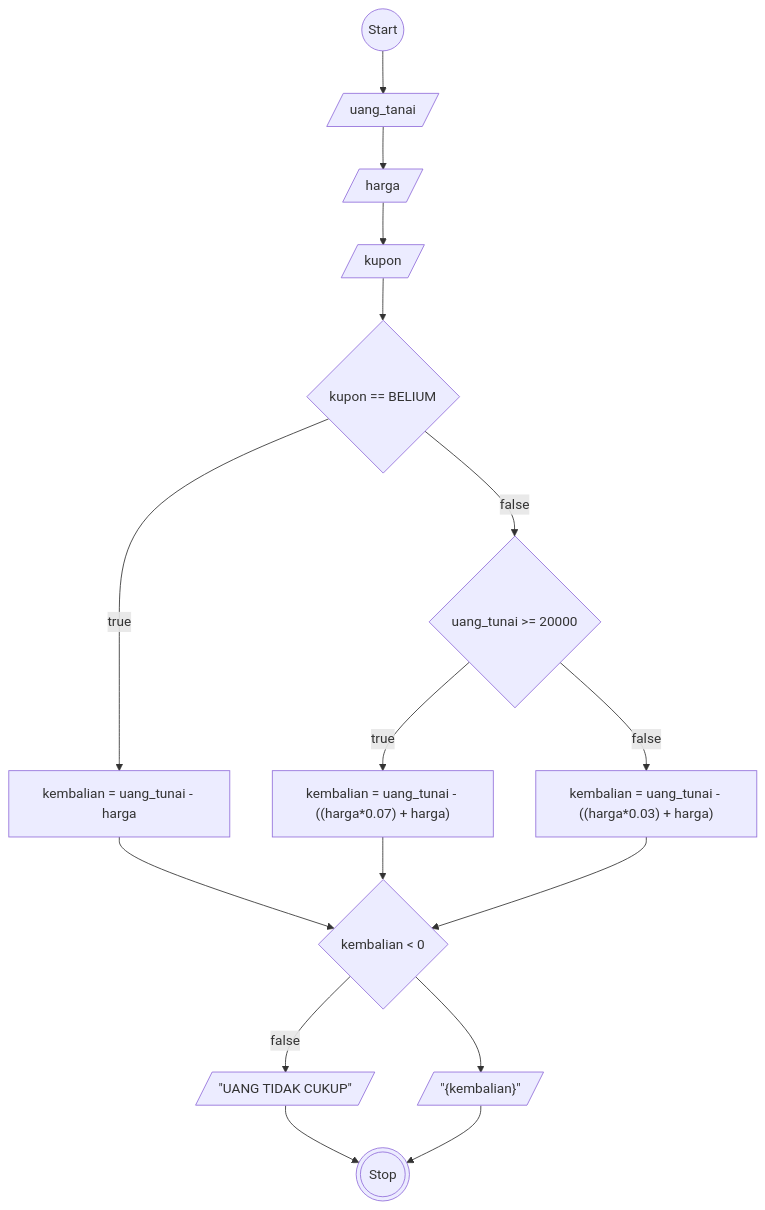
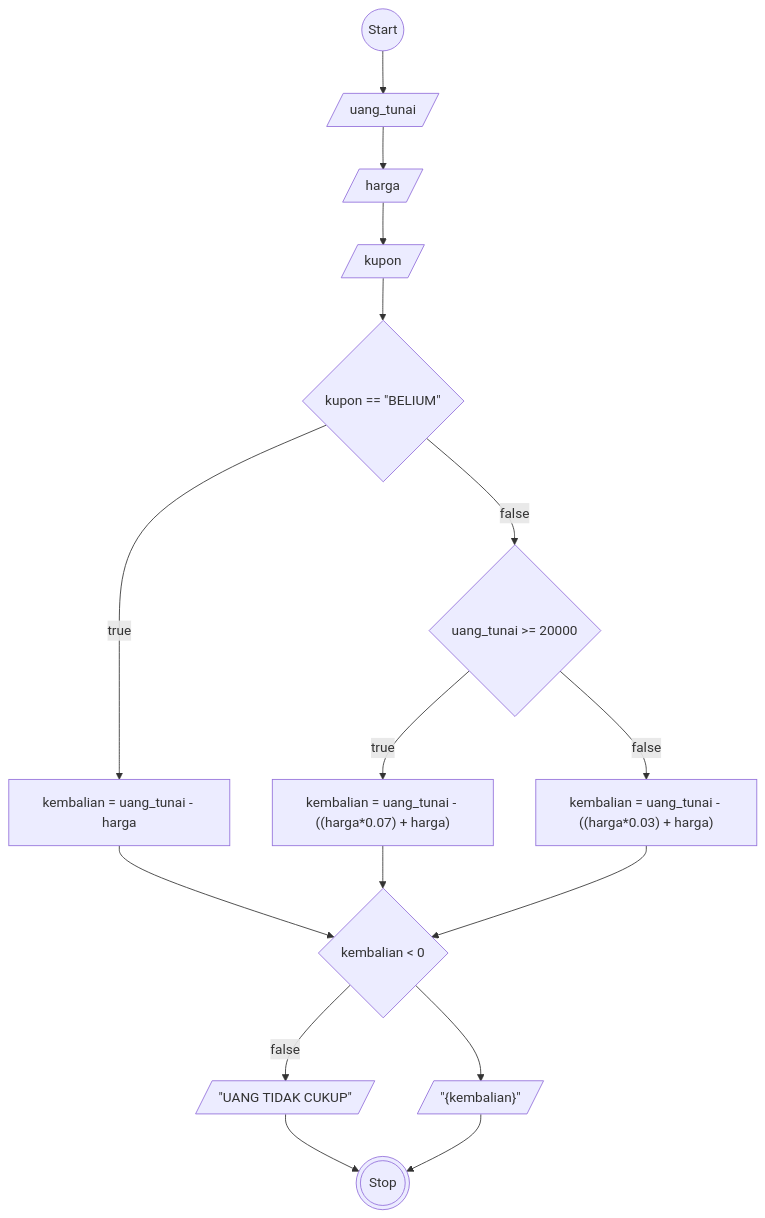
Before and after one commit to almarufh/Koda-B8-Algoritma: the diagram in readme.md, drawn with Mermaid. The commit also changed other lines of this file, not shown here.

````diff
--- a/readme.md
+++ b/readme.md
@@ -19,27 +21,27 @@
 ```mermaid
 
 flowchart TD
 
 A@{ shape: circle, label: Start }
-B@{ shape: lean-r, label: uang_tanai }
+B@{ shape: lean-r, label: uang_tunai }
 C@{ shape: lean-r, label: harga }
 D@{ shape: lean-r, label: kupon }
-E@{ shape: diamond, label: "kupon == BELIUM"}
+E@{ shape: diamond, label: 'kupon == "BELIUM"'}
 F@{ shape: rect, label: "kembalian = uang_tunai - harga" }
 G@{ shape: diamond, label: "uang_tunai >= 20000" }
 H@{ shape: diamond, label: "kembalian < 0" }
 I@{ shape: rect, label: "kembalian = uang_tunai - ((harga*0.07) + harga)" }
 J@{ shape: rect, label: "kembalian = uang_tunai - ((harga*0.03) + harga)" }
 K@{ shape: dbl-circ, label: Stop }
 L@{ shape: lean-r, label: '"UANG TIDAK CUKUP"' }
 M@{ shape: lean-r, label: '"{kembalian}"'}
 
 A --> B --> C --> D --> E
 E --true--> F --> H
 E --false--> G
 G --true--> I --> H
 G --false--> J --> H
 H  --false--> L --> K 
 H --> M --> K 
 
 ```
````
